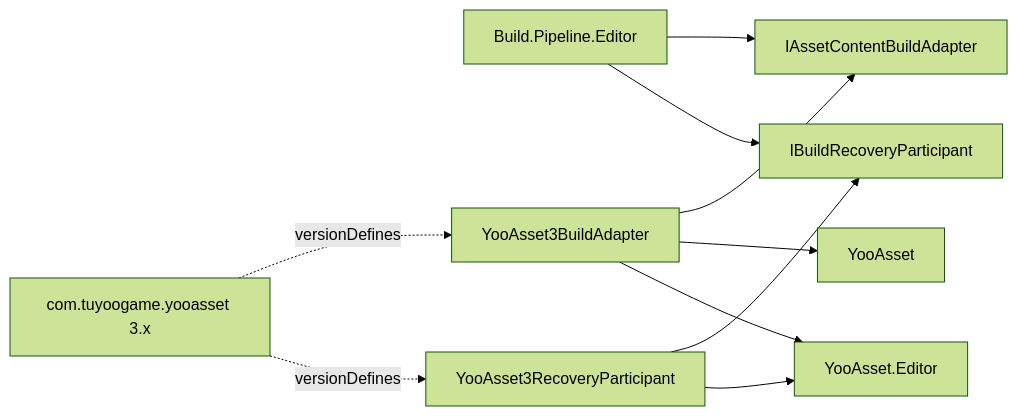
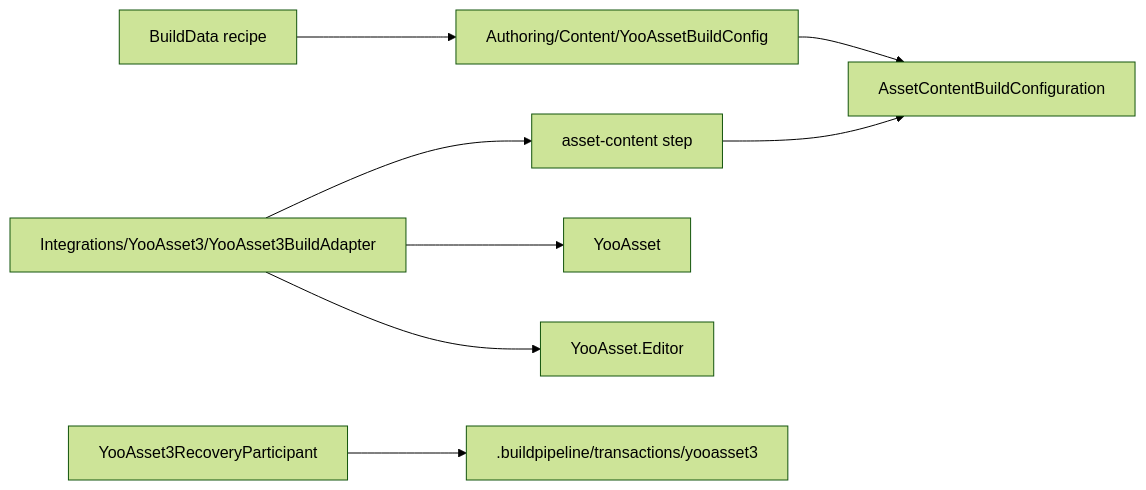
One commit to MaiKuraki/UnityStarter changed the first of 2 diagrams in UnityStarter/Assets/Build/Editor/BuildPipeline/Integrations/YooAsset3/README.md. Above: the diagram before and after it, drawn with Mermaid (forest theme). The commit also changed other lines of this file and 293 other files, not shown here.

````diff
--- a/UnityStarter/Assets/Build/Editor/BuildPipeline/Integrations/YooAsset3/README.md
+++ b/UnityStarter/Assets/Build/Editor/BuildPipeline/Integrations/YooAsset3/README.md
@@ -9,12 +9,10 @@
 ```mermaid
 flowchart LR
-    Core["Build.Pipeline.Editor"] --> Contract["IAssetContentBuildAdapter"]
-    Adapter["YooAsset3BuildAdapter"] --> Contract
-    Recovery["YooAsset3RecoveryParticipant"] --> RecoveryContract["IBuildRecoveryParticipant"]
-    Core --> RecoveryContract
+    Profile["BuildData recipe"] --> Config["Authoring/Content/YooAssetBuildConfig"]
+    Config --> Contract["AssetContentBuildConfiguration"]
+    Step["asset-content step"] --> Contract
+    Adapter["Integrations/YooAsset3/YooAsset3BuildAdapter"] --> Step
     Adapter --> Runtime["YooAsset"]
     Adapter --> Editor["YooAsset.Editor"]
-    Recovery --> Editor
-    Package["com.tuyoogame.yooasset 3.x"] -. versionDefines .-> Adapter
-    Package -. versionDefines .-> Recovery
+    Recovery["YooAsset3RecoveryParticipant"] --> Journal[".buildpipeline/transactions/yooasset3"]
 ```
````
